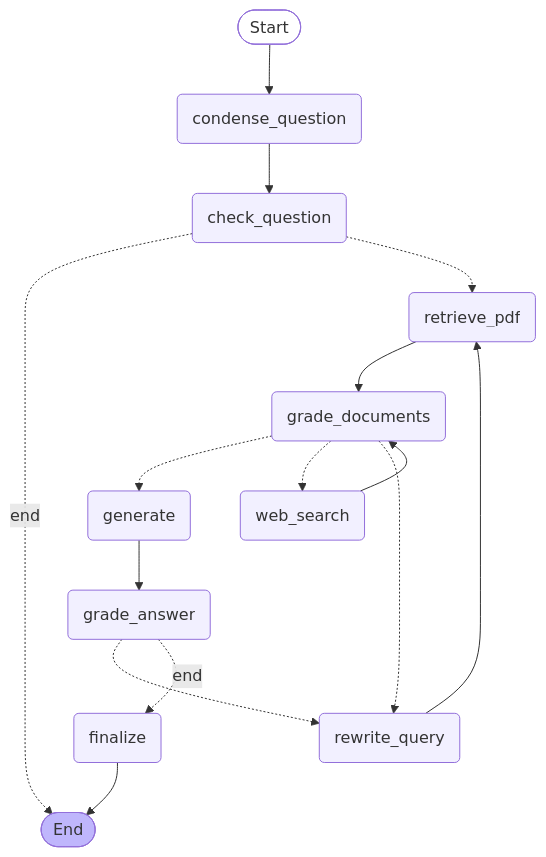
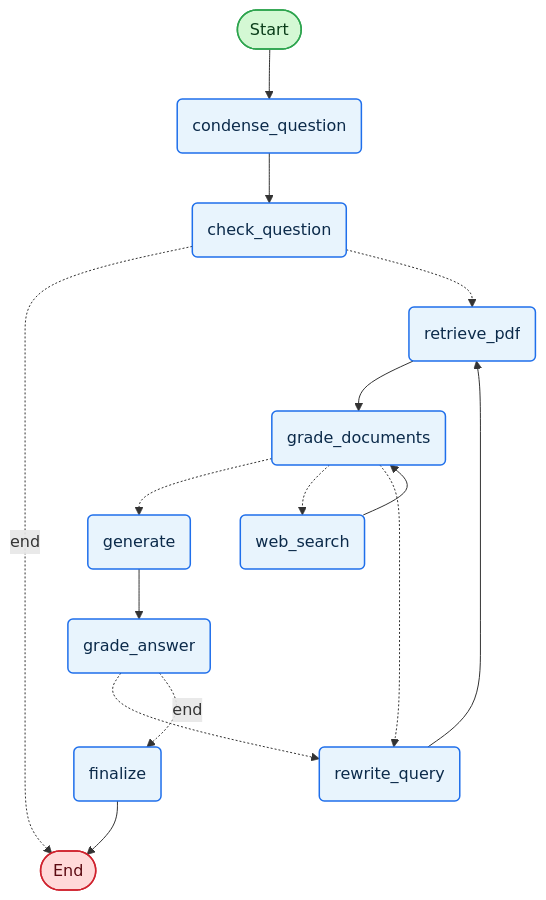
The diagram in README.md (shiviiis/Self-Correcting-Agentic-RAG-System-with-Tool-Calling), drawn with Mermaid before and after one commit. The commit also changed other lines of this file, not shown here.

Commit message:
Fix image filename and update class styles in README
Updated image filename for follow-up section and modified class definitions for styling.

````diff
--- a/README.md
+++ b/README.md
@@ -31,33 +31,38 @@
 ```mermaid
 graph TD;
     __start__([Start]):::first
     condense_question(condense_question)
     check_question(check_question)
     retrieve_pdf(retrieve_pdf)
     grade_documents(grade_documents)
     web_search(web_search)
     rewrite_query(rewrite_query)
     generate(generate)
     grade_answer(grade_answer)
     finalize(finalize)
     __end__([End]):::last
 
     __start__ --> condense_question;
     condense_question --> check_question;
     check_question -. end .-> __end__;
     check_question -.-> retrieve_pdf;
     retrieve_pdf --> grade_documents;
     web_search --> grade_documents;
     grade_documents -.-> generate;
     grade_documents -.-> web_search;
     grade_documents -.-> rewrite_query;
     generate --> grade_answer;
     grade_answer -.-> rewrite_query;
     grade_answer -. end .-> finalize;
     rewrite_query --> retrieve_pdf;
     finalize --> __end__;
 
-    classDef default fill:#f2f0ff,line-height:1.2
-    classDef first fill-opacity:0
-    classDef last fill:#bfb6fc
+    classDef default fill:#e8f4fd,stroke:#1f6feb,stroke-width:1.5px,color:#0b2a4a
+    classDef first fill:#d4f8d4,stroke:#2da44e,color:#0b3d1a
+    classDef last fill:#ffd9d9,stroke:#cf222e,color:#5c0a12
+
+    classDef retrieval fill:#dbeafe,stroke:#2563eb,color:#0b2a4a
+    classDef grading fill:#fef3c7,stroke:#d97706,color:#4a2c00
+    classDef generation fill:#dcfce7,stroke:#16a34a,color:#0b3d1a
+    classDef retry fill:#fee2e2,stroke:#dc2626,color:#5c0a12
 ```
````
